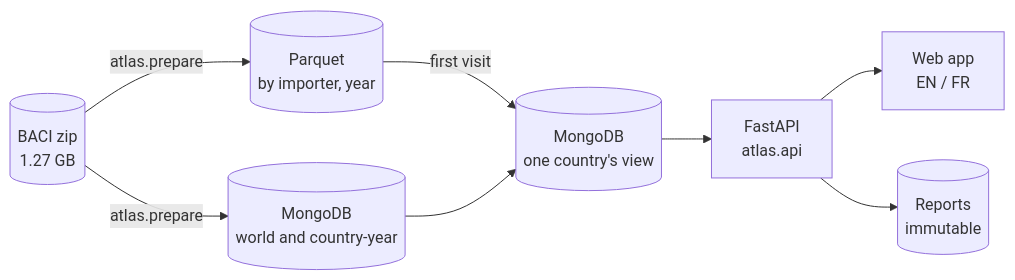
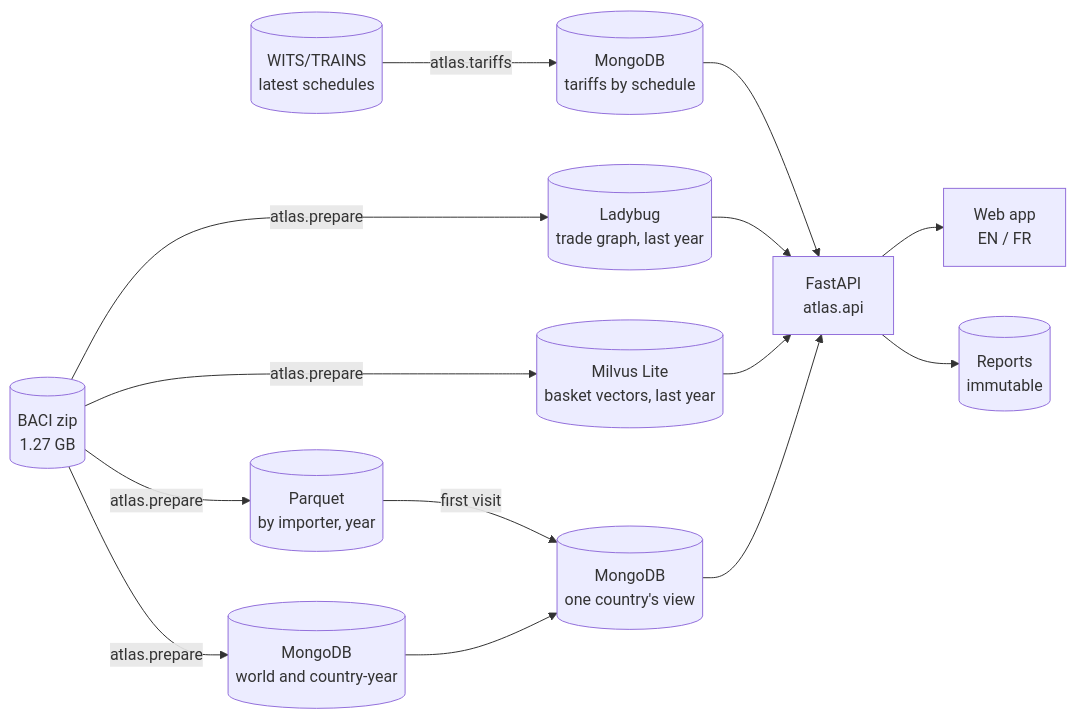
Before and after one commit to ReguiguiMohamed/AtlasOfDoubt: the diagram in README.md, drawn with Mermaid. The commit also changed other lines of this file and 13 other files, not shown here.

First line of the commit message:
feat: add the Ladybug supplier graph and Milvus trade twins

````diff
--- a/README.md
+++ b/README.md
@@ -21,10 +21,16 @@
 ```mermaid
 flowchart LR
     Zip[(BACI zip<br>1.27 GB)] -->|atlas.prepare| Parquet[(Parquet<br>by importer, year)]
     Zip -->|atlas.prepare| World[(MongoDB<br>world and country-year)]
     Parquet -->|first visit| Cache[(MongoDB<br>one country's view)]
+    WITS[(WITS/TRAINS<br>latest schedules)] -->|atlas.tariffs| Tariffs[(MongoDB<br>tariffs by schedule)]
+    Tariffs --> API
+    Zip -->|atlas.prepare| Graph[(Ladybug<br>trade graph, last year)]
+    Graph --> API
+    Zip -->|atlas.prepare| Twins[(Milvus Lite<br>basket vectors, last year)]
+    Twins --> API
     World --> Cache
     Cache --> API[FastAPI<br>atlas.api]
     API --> Web[Web app<br>EN / FR]
     API --> Reports[(Reports<br>immutable)]
 ```
````
